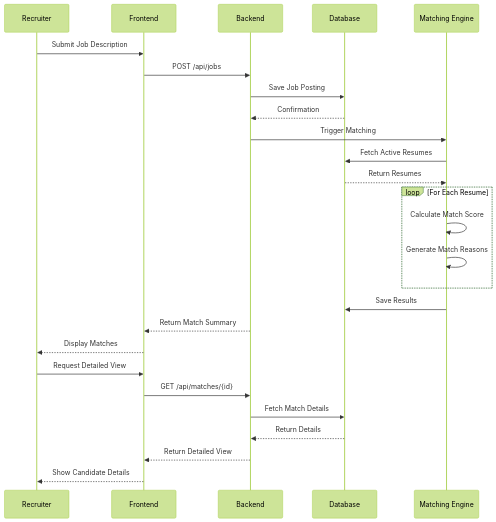
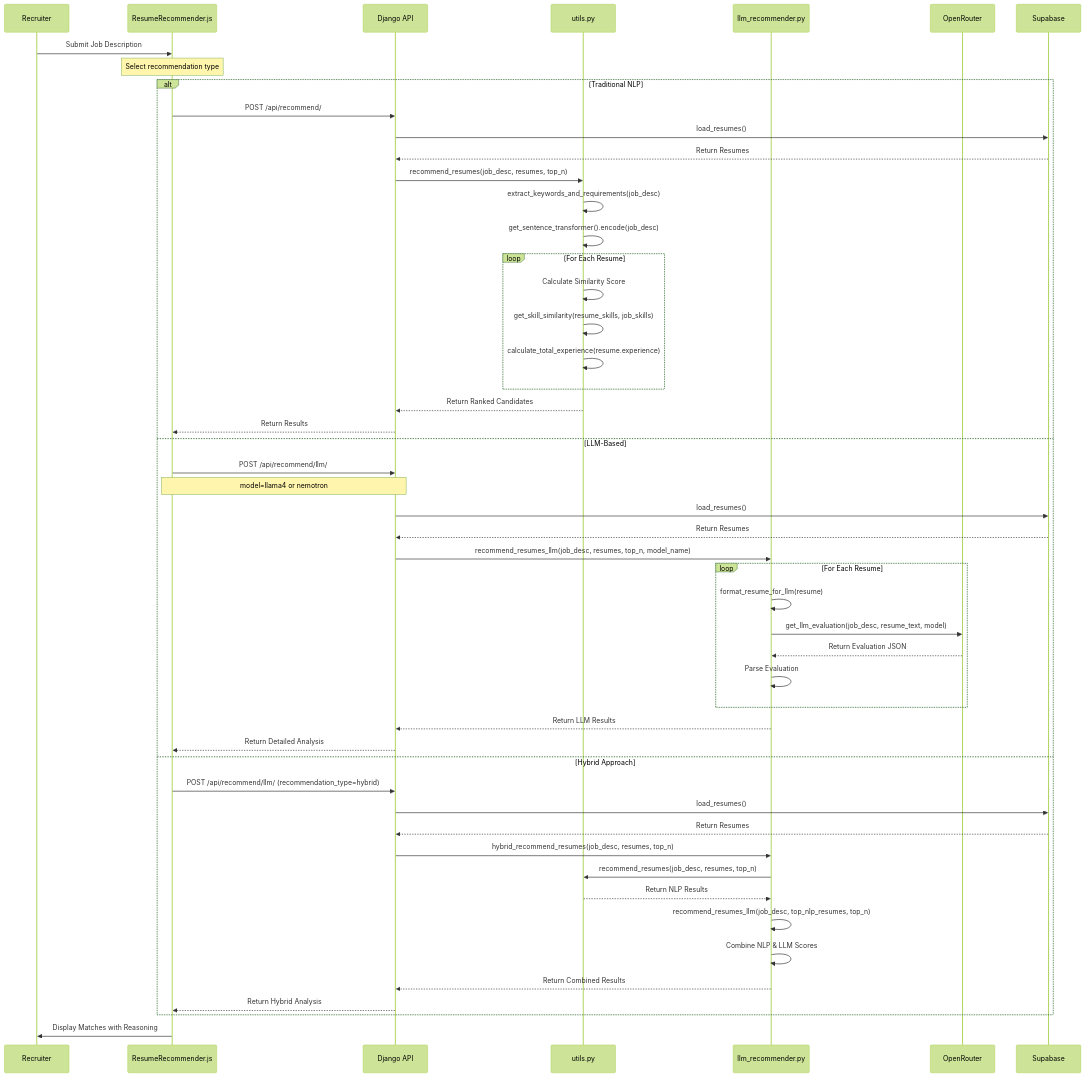
The third of 7 diagrams in DIAGRAMS.md (hassen05/CareerReco), drawn with Mermaid (forest theme) before and after one commit. The commit also changed other lines of this file and 9 other files, not shown here.

````diff
--- a/DIAGRAMS.md
+++ b/DIAGRAMS.md
@@ -82,33 +164,67 @@
 ```mermaid
 sequenceDiagram
     participant R as Recruiter
-    participant FE as Frontend
-    participant BE as Backend
-    participant DB as Database
-    participant ME as Matching Engine
+    participant FE as ResumeRecommender.js
+    participant BE as Django API
+    participant UT as utils.py
+    participant LLM as llm_recommender.py
+    participant OR as OpenRouter
+    participant DB as Supabase
     
     R->>FE: Submit Job Description
-    FE->>BE: POST /api/jobs
-    BE->>DB: Save Job Posting
-    DB-->>BE: Confirmation
-    BE->>ME: Trigger Matching
+    Note over FE: Select recommendation type
     
-    ME->>DB: Fetch Active Resumes
-    DB-->>ME: Return Resumes
-    
-    loop For Each Resume
-        ME->>ME: Calculate Match Score
-        ME->>ME: Generate Match Reasons
+    alt Traditional NLP
+        FE->>BE: POST /api/recommend/
+        BE->>DB: load_resumes()
+        DB-->>BE: Return Resumes
+        
+        BE->>UT: recommend_resumes(job_desc, resumes, top_n)
+        UT->>UT: extract_keywords_and_requirements(job_desc)
+        UT->>UT: get_sentence_transformer().encode(job_desc)
+        
+        loop For Each Resume
+            UT->>UT: Calculate Similarity Score
+            UT->>UT: get_skill_similarity(resume_skills, job_skills)
+            UT->>UT: calculate_total_experience(resume.experience)
+        end
+        
+        UT-->>BE: Return Ranked Candidates
+        BE-->>FE: Return Results
+        
+    else LLM-Based
+        FE->>BE: POST /api/recommend/llm/
+        Note over FE,BE: model=llama4 or nemotron
+        
+        BE->>DB: load_resumes()
+        DB-->>BE: Return Resumes
+        
+        BE->>LLM: recommend_resumes_llm(job_desc, resumes, top_n, model_name)
+        
+        loop For Each Resume
+            LLM->>LLM: format_resume_for_llm(resume)
+            LLM->>OR: get_llm_evaluation(job_desc, resume_text, model)
+            OR-->>LLM: Return Evaluation JSON
+            LLM->>LLM: Parse Evaluation
+        end
+        
+        LLM-->>BE: Return LLM Results
+        BE-->>FE: Return Detailed Analysis
+        
+    else Hybrid Approach
+        FE->>BE: POST /api/recommend/llm/ (recommendation_type=hybrid)
+        BE->>DB: load_resumes()
+        DB-->>BE: Return Resumes
+        
+        BE->>LLM: hybrid_recommend_resumes(job_desc, resumes, top_n)
+        LLM->>UT: recommend_resumes(job_desc, resumes, top_n)
+        UT-->>LLM: Return NLP Results
+        
+        LLM->>LLM: recommend_resumes_llm(job_desc, top_nlp_resumes, top_n)
+        LLM->>LLM: Combine NLP & LLM Scores
+        LLM-->>BE: Return Combined Results
+        BE-->>FE: Return Hybrid Analysis
     end
     
-    ME->>DB: Save Results
-    BE-->>FE: Return Match Summary
-    FE-->>R: Display Matches
-    
-    R->>FE: Request Detailed View
-    FE->>BE: GET /api/matches/{id}
-    BE->>DB: Fetch Match Details
-    DB-->>BE: Return Details
-    BE-->>FE: Return Detailed View
-    FE-->>R: Show Candidate Details
+    FE->>R: Display Matches with Reasoning
 ```
````
